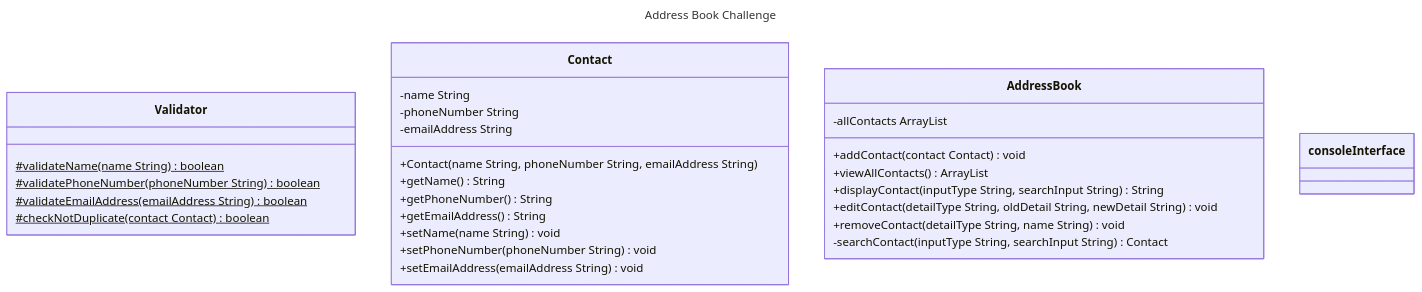
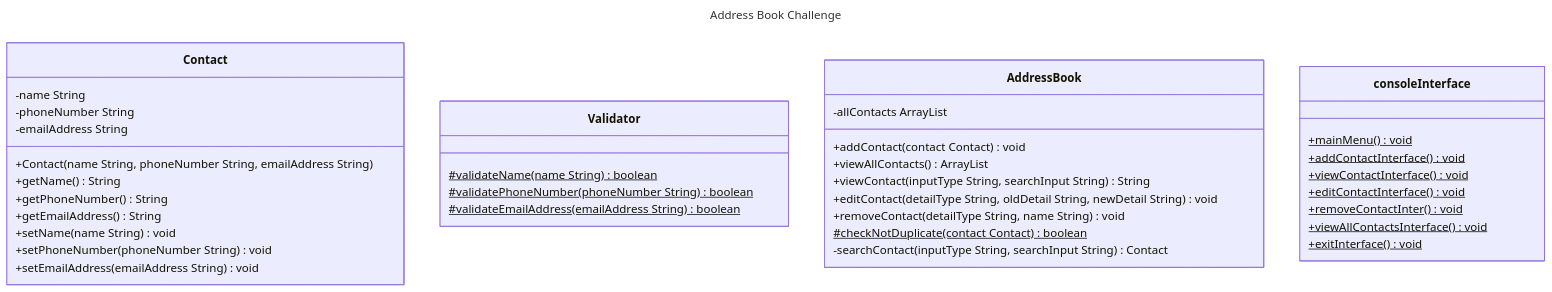
One commit to kristy-lam/df-challenge-3-address-book changed the diagram in docs/class-diagrams-test-plan.md. Above: the diagram before and after it, drawn with Mermaid. The commit also changed other lines of this file and 6 other files, not shown here.

````diff
--- a/docs/class-diagrams-test-plan.md
+++ b/docs/class-diagrams-test-plan.md
@@ -11,42 +11,47 @@
 ```mermaid
 ---
 title: Address Book Challenge
 ---
 classDiagram
-    
-    class Validator {
-        #validateName(name String) boolean$
-        #validatePhoneNumber(phoneNumber String) boolean$
-        #validateEmailAddress(emailAddress String) boolean$
-        #checkNotDuplicate(contact Contact) boolean$
-    }
-    
+        
     class Contact {
         -name String
         -phoneNumber String
         -emailAddress String
         +Contact(name String, phoneNumber String, emailAddress String)
         +getName() String
         +getPhoneNumber() String
         +getEmailAddress() String
         +setName(name String) void
         +setPhoneNumber(phoneNumber String) void
         +setEmailAddress(emailAddress String) void
     }
+
+    class Validator {
+        #validateName(name String) boolean$
+        #validatePhoneNumber(phoneNumber String) boolean$
+        #validateEmailAddress(emailAddress String) boolean$
+    }
     
     class AddressBook {   
         -allContacts ArrayList
         +addContact(contact Contact) void
         +viewAllContacts() ArrayList
-        +displayContact(inputType String, searchInput String) String
+        +viewContact(inputType String, searchInput String) String
         +editContact(detailType String, oldDetail String, newDetail String) void
         +removeContact(detailType String, name String) void
+        #checkNotDuplicate(contact Contact) boolean$
         -searchContact(inputType String, searchInput String) Contact
     }
     
     class consoleInterface {
-        
-        
+        +mainMenu() void$
+        +addContactInterface() void$
+        +viewContactInterface() void$
+        +editContactInterface() void$
+        +removeContactInter() void$
+        +viewAllContactsInterface() void$
+        +exitInterface() void$
     }
 
 ```
````
